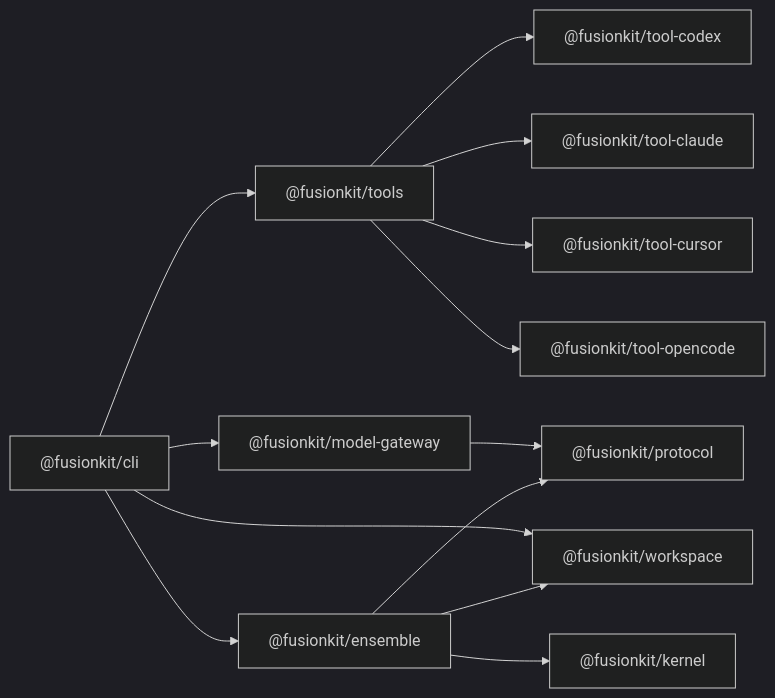
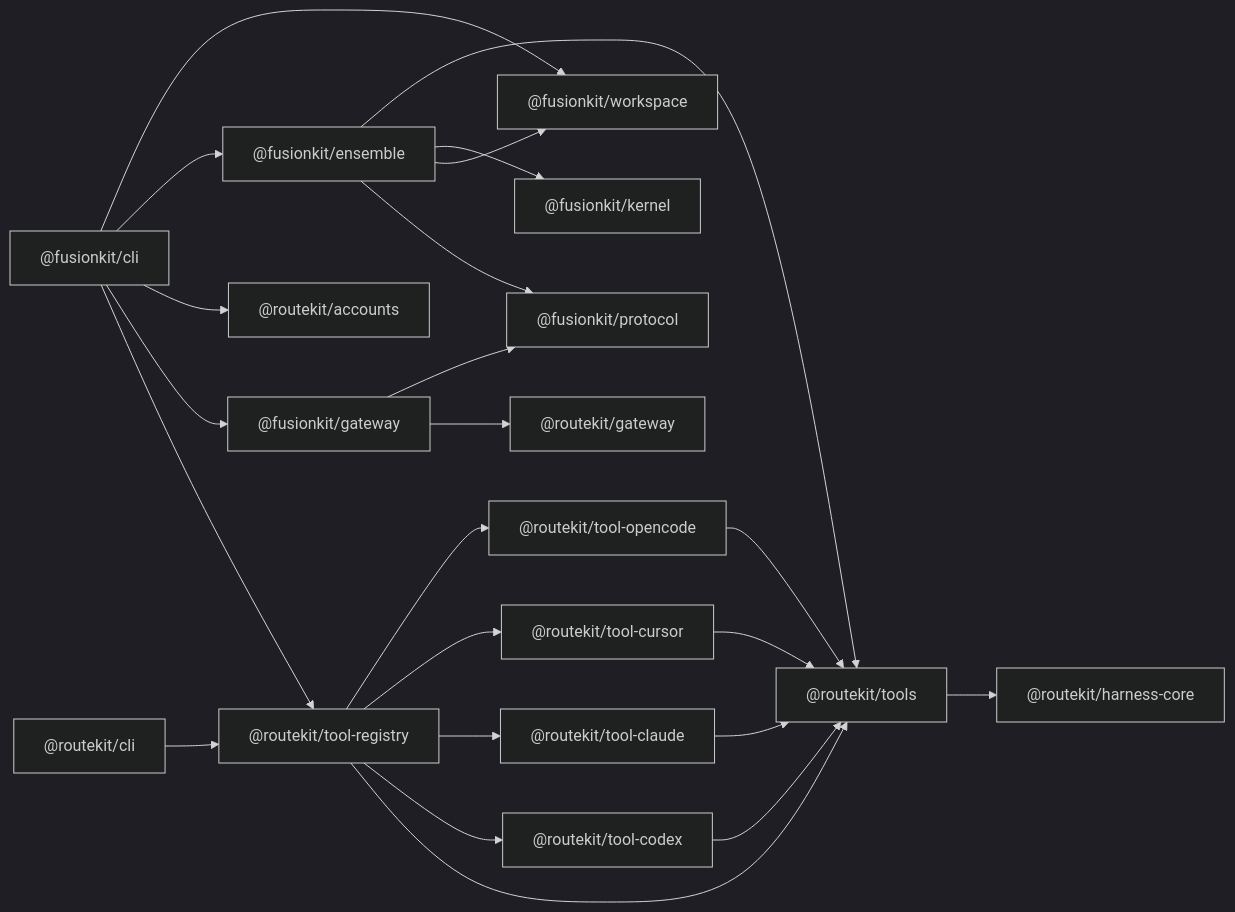
Before and after one commit to velum-labs/handoffkit: the diagram in docs/typescript-reference.md, drawn with Mermaid (dark theme). The commit also changed other lines of this file and 776 other files, not shown here.

First line of the commit message:
Split RouteKit routing foundation from FusionKit (#112)

````diff
--- a/docs/typescript-reference.md
+++ b/docs/typescript-reference.md
@@ -9,15 +9,25 @@
 ```mermaid
 flowchart LR
-  CLI["@fusionkit/cli"] --> Tools["@fusionkit/tools"]
-  CLI --> Gateway["@fusionkit/model-gateway"]
+  CLI["@fusionkit/cli"] --> ToolRegistry["@routekit/tool-registry"]
+  RouteCLI["@routekit/cli"] --> ToolRegistry
+  ToolRegistry --> Tools["@routekit/tools"]
+  CLI --> FusionGateway["@fusionkit/gateway"]
+  FusionGateway --> Gateway["@routekit/gateway"]
+  CLI --> Accounts["@routekit/accounts"]
   CLI --> Ensemble["@fusionkit/ensemble"]
   CLI --> Workspace["@fusionkit/workspace"]
-  Gateway --> Protocol["@fusionkit/protocol"]
+  FusionGateway --> Protocol["@fusionkit/protocol"]
   Ensemble --> Protocol
   Ensemble --> Workspace
   Ensemble --> Kernel["@fusionkit/kernel"]
-  Tools --> Codex["@fusionkit/tool-codex"]
-  Tools --> Claude["@fusionkit/tool-claude"]
-  Tools --> Cursor["@fusionkit/tool-cursor"]
-  Tools --> Opencode["@fusionkit/tool-opencode"]
+  ToolRegistry --> Codex["@routekit/tool-codex"]
+  ToolRegistry --> Claude["@routekit/tool-claude"]
+  ToolRegistry --> Cursor["@routekit/tool-cursor"]
+  ToolRegistry --> Opencode["@routekit/tool-opencode"]
+  Codex --> Tools
+  Claude --> Tools
+  Cursor --> Tools
+  Opencode --> Tools
+  Tools --> HarnessCore["@routekit/harness-core"]
+  Ensemble --> Tools
 ```
````
